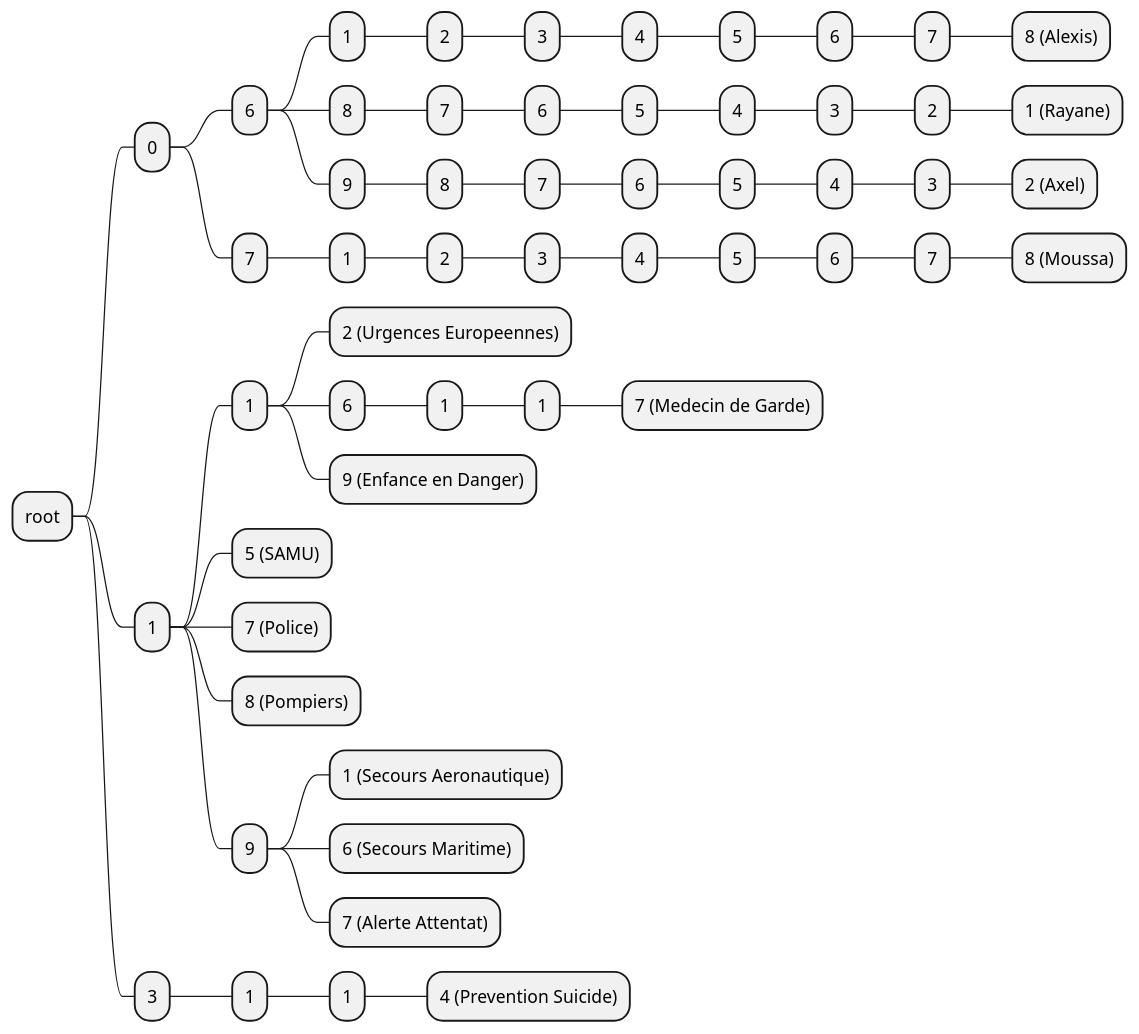
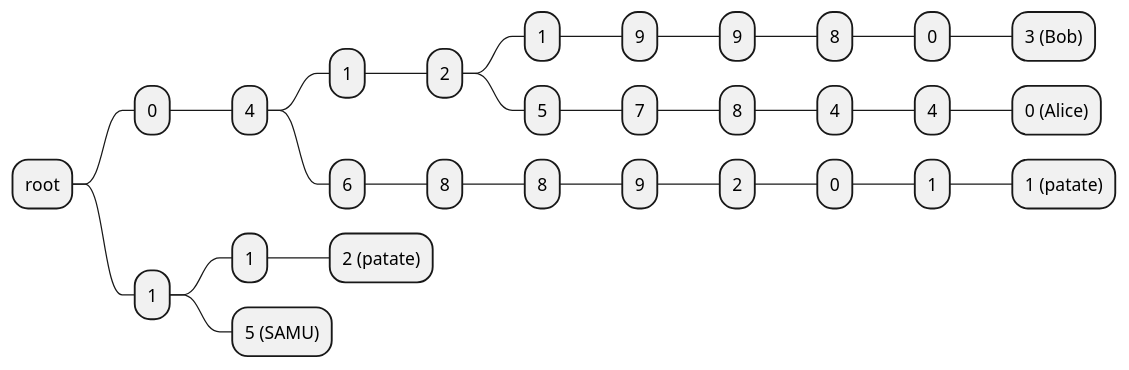
The diagram in graph/04_common_parts.puml (alexgd69/Phone_Number_Manager), drawn with PlantUML before and after one commit. The commit also changed 2 other files, not shown here.

```diff
--- a/graph/04_common_parts.puml
+++ b/graph/04_common_parts.puml
@@ -1,57 +1,31 @@
 @startmindmap
 * root
 ** 0
-*** 6
+*** 4
 **** 1
 ***** 2
-****** 3
-******* 4
-******** 5
-********* 6
-********** 7
-*********** 8 (Alexis)
-**** 8
-***** 7
-****** 6
-******* 5
-******** 4
-********* 3
-********** 2
-*********** 1 (Rayane)
-**** 9
+****** 1
+******* 9
+******** 9
+********* 8
+********** 0
+*********** 3 (Bob)
+****** 5
+******* 7
+******** 8
+********* 4
+********** 4
+*********** 0 (Alice)
+**** 6
 ***** 8
-****** 7
-******* 6
-******** 5
-********* 4
-********** 3
-*********** 2 (Axel)
-*** 7
-**** 1
-***** 2
-****** 3
-******* 4
-******** 5
-********* 6
-********** 7
-*********** 8 (Moussa)
+****** 8
+******* 9
+******** 2
+********* 0
+********** 1
+*********** 1 (patate)
 ** 1
 *** 1
-**** 2 (Urgences Europeennes)
-**** 6
-***** 1
-****** 1
-******* 7 (Medecin de Garde)
-**** 9 (Enfance en Danger)
+**** 2 (patate)
 *** 5 (SAMU)
-*** 7 (Police)
-*** 8 (Pompiers)
-*** 9
-**** 1 (Secours Aeronautique)
-**** 6 (Secours Maritime)
-**** 7 (Alerte Attentat)
-** 3
-*** 1
-**** 1
-***** 4 (Prevention Suicide)
 @endmindmap
```
